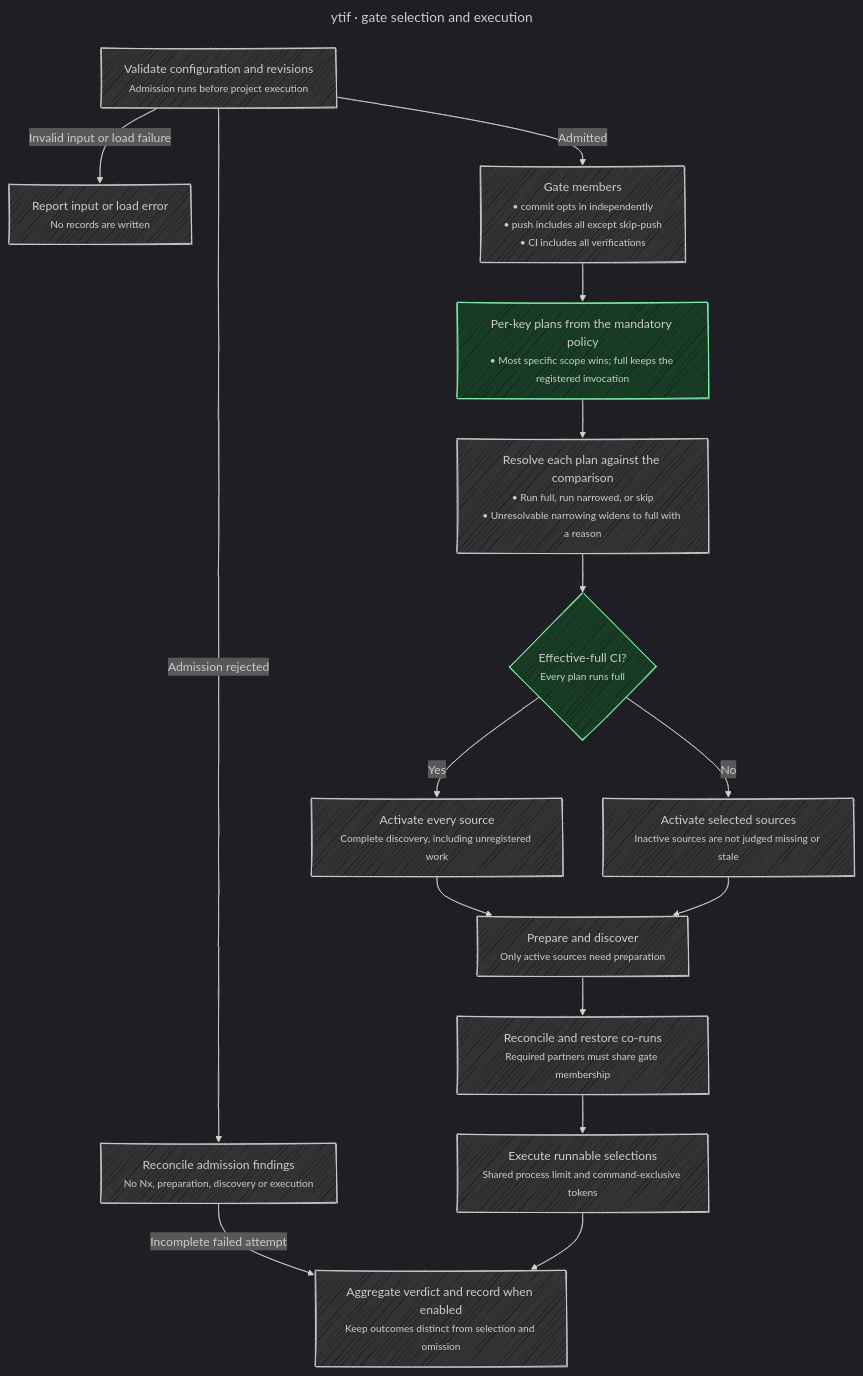
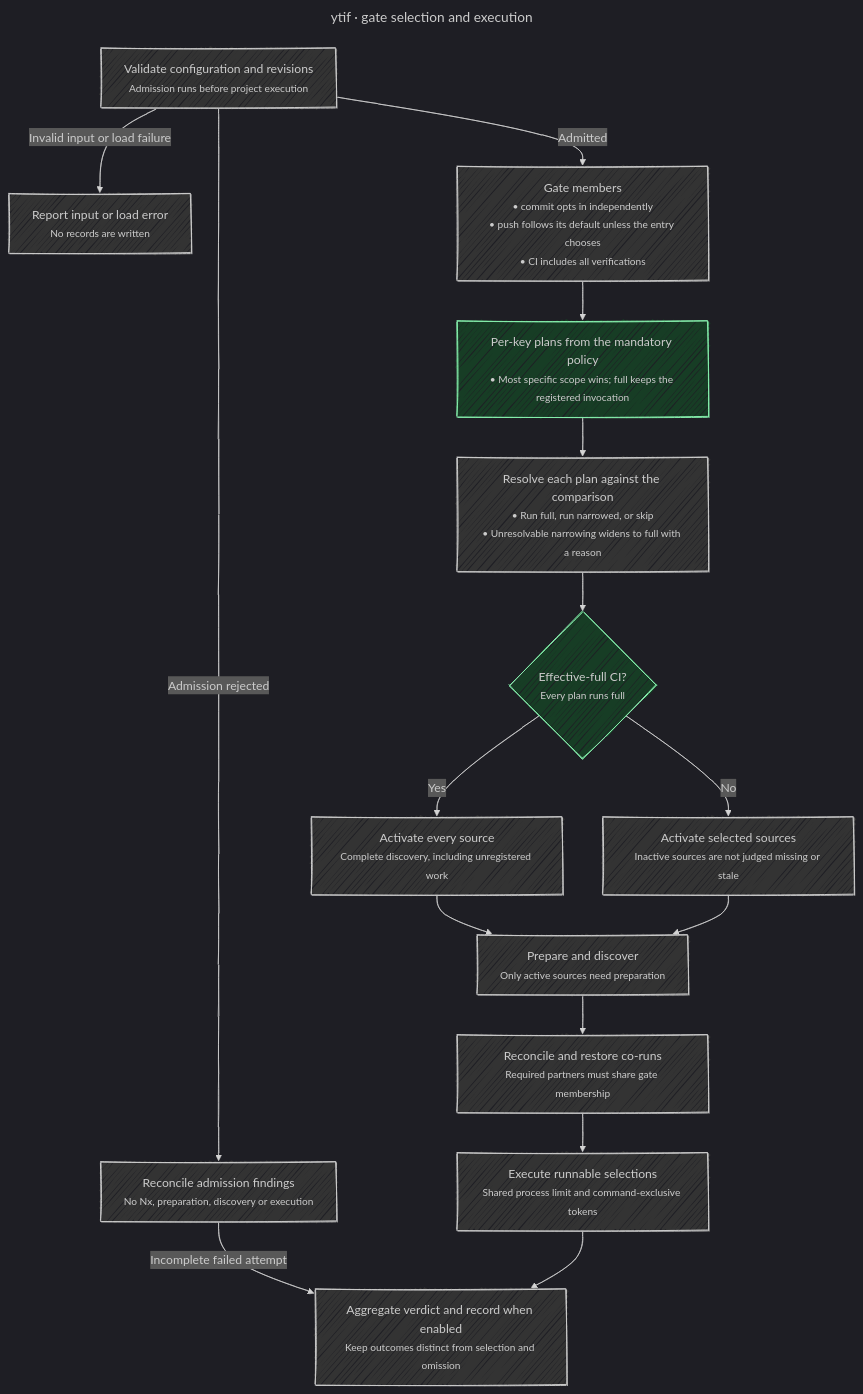
One commit to undervoke/ytif changed the diagram in blueprint/gates.mermaid. Above: the diagram before and after it, drawn with Mermaid. The commit also changed 13 other files, not shown here.

```diff
--- a/blueprint/gates.mermaid
+++ b/blueprint/gates.mermaid
@@ -1,57 +1,57 @@
 ---
 title: ytif · gate selection and execution
 config:
   look: handDrawn
   handDrawnSeed: 5
   theme: dark
   themeVariables:
     mainBkg: "#333333"
     clusterBkg: "#242424"
   themeCSS: |
     small { display: inline-block; text-align: left; }
   flowchart:
     wrappingWidth: 270
 ---
 %% Behavior authority: internal/gate/gate.go (Run), internal/gate/survey.go, internal/gate/plans.go and README.md (Gates).
-%% dinyd: internal/gate/gate.go#Run s1:ceee52ca93948e8e
+%% dinyd: internal/gate/gate.go#Run s1:61124ce55a262e0b
 %% Invalid input exits before record creation. Admission findings reconcile and finish as an incomplete failed attempt, recorded when enabled.
 %% The mandatory gate policy plans every member; narrowing that cannot be resolved widens to full with a reason. A valid empty selection skips without fallback.
 %% list uses complete discovery separately. A gate run activates only sources owning runnable selections; effective-full CI activates every source.
 %% dinyd: internal/gate/survey.go#NewSurvey s1:687bd091fdb64691
 flowchart TB
   Input["Validate configuration and revisions<br/><small>Admission runs before project execution</small>"]
   Invalid["Report input or load error<br/><small>No records are written</small>"]
   Rejected["Reconcile admission findings<br/><small>No Nx, preparation, discovery or execution</small>"]
-  Members["Gate members<br/><small>• commit opts in independently<br/>• push includes all except skip-push<br/>• CI includes all verifications</small>"]
-  %% dinyd: internal/inventory/inventory.go#Entry.Member s1:a79110385049fe4e
+  Members["Gate members<br/><small>• commit opts in independently<br/>• push follows its default unless the entry chooses<br/>• CI includes all verifications</small>"]
+  %% dinyd: internal/inventory/inventory.go#Entry.Member s1:b6dbb96444a8510c
   Plans["Per-key plans from the mandatory policy<br/><small>• Most specific scope wins; full keeps the registered invocation</small>"]
   Outcomes["Resolve each plan against the comparison<br/><small>• Run full, run narrowed, or skip<br/>• Unresolvable narrowing widens to full with a reason</small>"]
   Census{"Effective-full CI?<br/><small>Every plan runs full</small>"}
   All["Activate every source<br/><small>Complete discovery, including unregistered work</small>"]
   Selected["Activate selected sources<br/><small>Inactive sources are not judged missing or stale</small>"]
   Discover["Prepare and discover<br/><small>Only active sources need preparation</small>"]
   %% dinyd: internal/gate/survey.go#Survey.prepare s1:06d49989583edac2
   %% dinyd: internal/gate/survey.go#Survey.discover s1:7acebb91411823be
   Reconcile["Reconcile and restore co-runs<br/><small>Required partners must share gate membership</small>"]
   %% dinyd: internal/gate/gate.go#closeCoRuns s1:0d6266841e3d3efc
   %% dinyd: internal/gate/survey.go#Survey.placementOrder s1:5de29d89b25a600f
   Run["Execute runnable selections<br/><small>Shared process limit and command-exclusive tokens</small>"]
   %% dinyd: internal/proc/proc.go#Run s1:2705dd6f8623d0d8
   %% dinyd: internal/checkrun/checkrun.go#Source.execute s1:86e3034971840243
   Finish["Aggregate verdict and record when enabled<br/><small>Keep outcomes distinct from selection and omission</small>"]
 
   Input -->|Invalid input or load failure| Invalid
   Input -->|Admission rejected| Rejected
   Rejected -->|Incomplete failed attempt| Finish
   Input -->|Admitted| Members
   Members --> Plans
   Plans --> Outcomes
   Outcomes --> Census
   Census -->|Yes| All
   Census -->|No| Selected
   All --> Discover
   Selected --> Discover
   Discover --> Reconcile --> Run --> Finish
 
   classDef em fill:#173d25,stroke:#86efac
   class Plans,Census em
```
